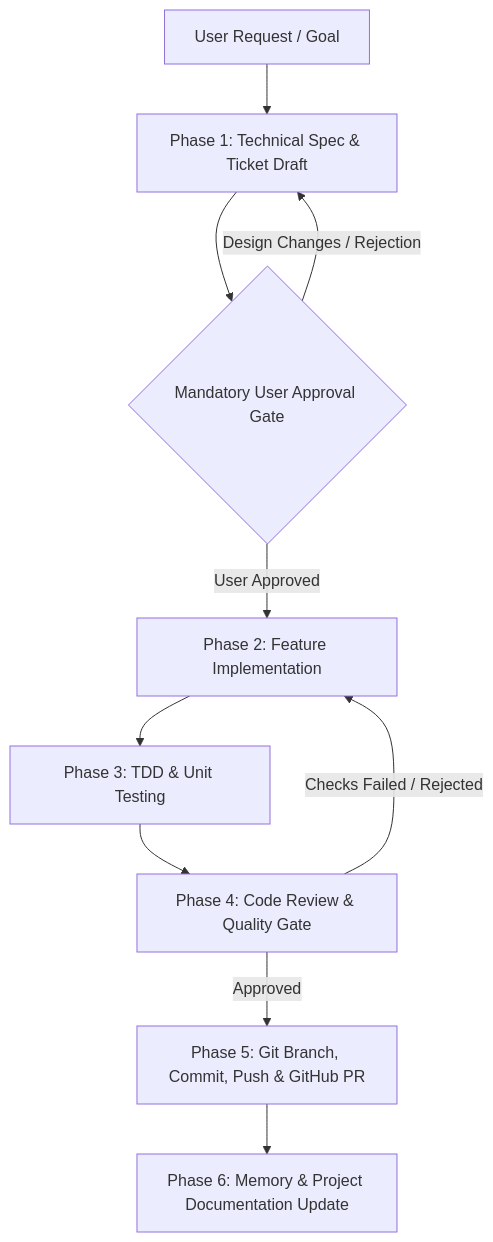
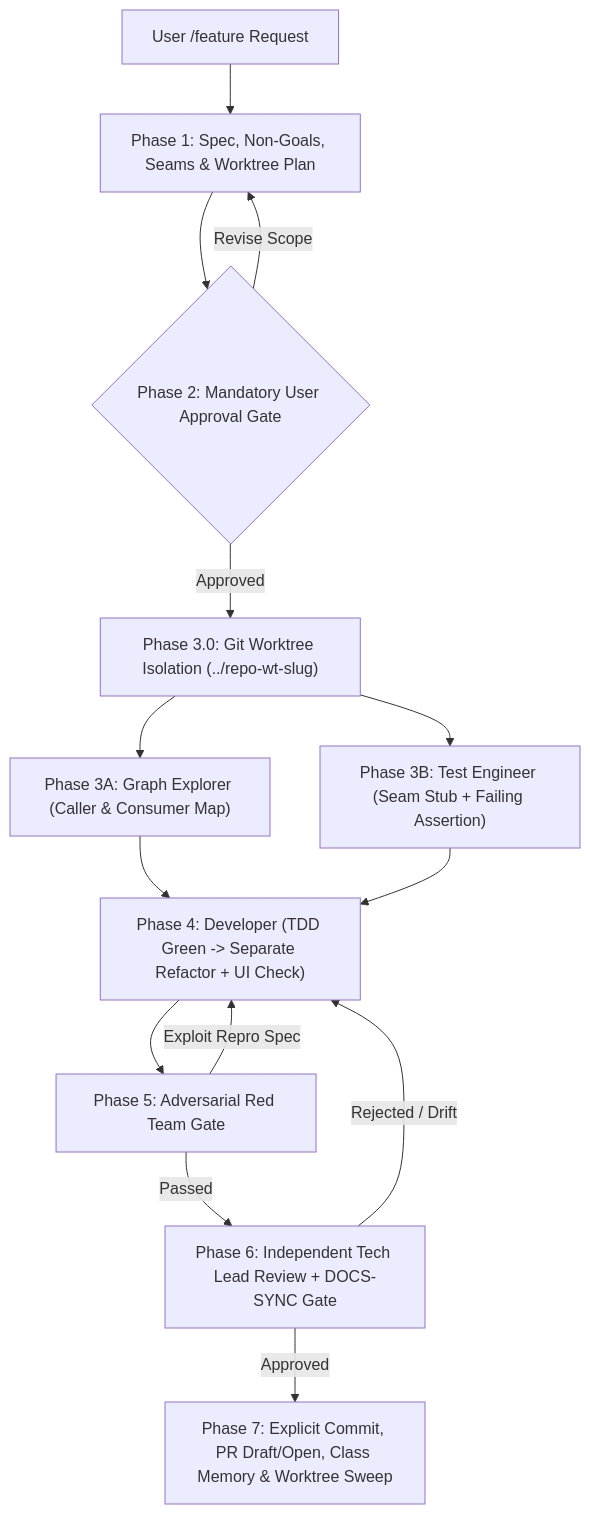
One commit to FrancoRodriguez/feature-development-pipeline-skill changed the diagram in README.md. Above: the diagram before and after it, drawn with Mermaid. The commit also changed other lines of this file and 2 other files, not shown here.

Commit message:
feat: upgrade to 7-phase multi-agent pipeline with git-worktree isolation, assertion-first TDD, Red Team, and DOCS-SYNC gates

````diff
--- a/README.md
+++ b/README.md
@@ -26,12 +28,16 @@
 ```mermaid
 graph TD
-    A[User Request / Goal] --> B[Phase 1: Technical Spec & Ticket Draft]
-    B --> GATE{Mandatory User Approval Gate}
-    GATE -- Design Changes / Rejection --> B
-    GATE -- User Approved --> C[Phase 2: Feature Implementation]
-    C --> D[Phase 3: TDD & Unit Testing]
-    D --> E[Phase 4: Code Review & Quality Gate]
-    E -- Checks Failed / Rejected --> C
-    E -- Approved --> F[Phase 5: Git Branch, Commit, Push & GitHub PR]
-    F --> G[Phase 6: Memory & Project Documentation Update]
+    A["User /feature Request"] --> B["Phase 1: Spec, Non-Goals, Seams & Worktree Plan"]
+    B --> GATE{"Phase 2: Mandatory User Approval Gate"}
+    GATE -- "Revise Scope" --> B
+    GATE -- "Approved" --> WT["Phase 3.0: Git Worktree Isolation (../repo-wt-slug)"]
+    WT --> P1["Phase 3A: Graph Explorer (Caller & Consumer Map)"]
+    WT --> P2["Phase 3B: Test Engineer (Seam Stub + Failing Assertion)"]
+    P1 --> D["Phase 4: Developer (TDD Green -> Separate Refactor + UI Check)"]
+    P2 --> D
+    D --> RT["Phase 5: Adversarial Red Team Gate"]
+    RT -- "Exploit Repro Spec" --> D
+    RT -- "Passed" --> CR["Phase 6: Independent Tech Lead Review + DOCS-SYNC Gate"]
+    CR -- "Rejected / Drift" --> D
+    CR -- "Approved" --> G["Phase 7: Explicit Commit, PR Draft/Open, Class Memory & Worktree Sweep"]
 ```
````
